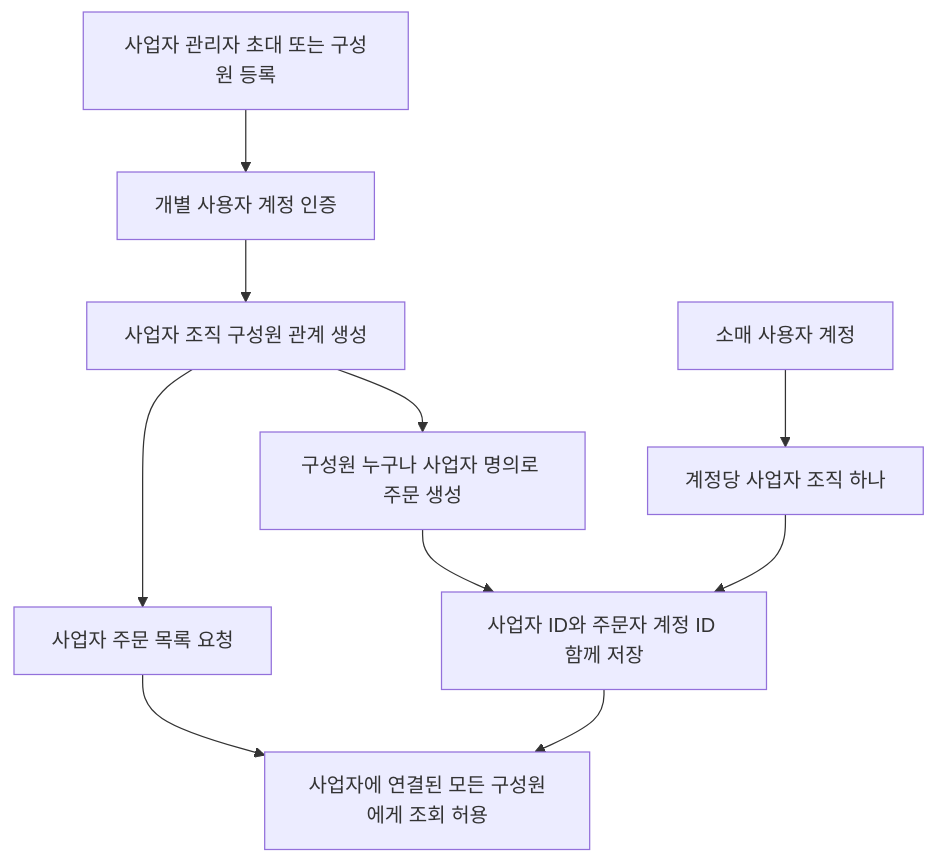
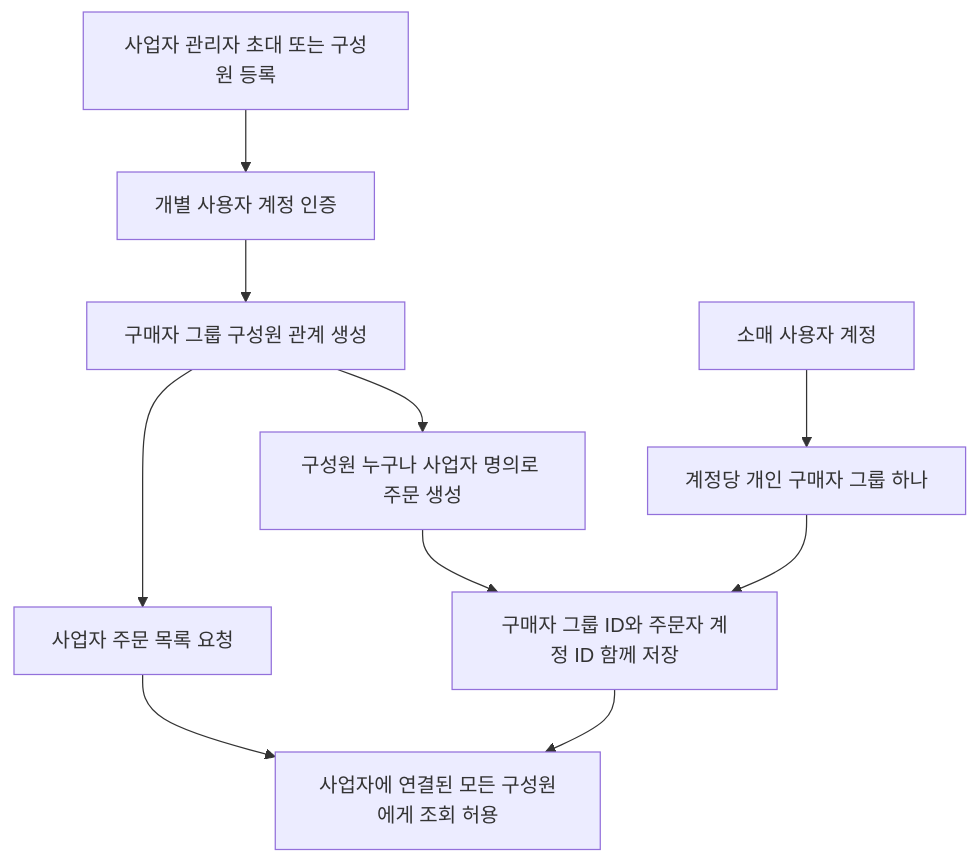
Before and after one commit to DongHyeonEom/umji-market-api: the first of 2 diagrams in docs/services/account.md, drawn with Mermaid. The commit also changed other lines of this file and 2 other files, not shown here.

````diff
--- a/docs/services/account.md
+++ b/docs/services/account.md
@@ -21,12 +21,12 @@
 ```mermaid
 flowchart TD
     INVITE[사업자 관리자 초대 또는 구성원 등록] --> VERIFY[개별 사용자 계정 인증]
-    VERIFY --> MEMBER[사업자 조직 구성원 관계 생성]
+    VERIFY --> MEMBER[구매자 그룹 구성원 관계 생성]
     MEMBER --> ORDER[구성원 누구나 사업자 명의로 주문 생성]
-    ORDER --> CONTEXT[사업자 ID와 주문자 계정 ID 함께 저장]
+    ORDER --> CONTEXT[구매자 그룹 ID와 주문자 계정 ID 함께 저장]
     MEMBER --> QUERY[사업자 주문 목록 요청]
     CONTEXT --> ALL[사업자에 연결된 모든 구성원에게 조회 허용]
     QUERY --> ALL
-    RETAIL[소매 사용자 계정] --> ONE[계정당 사업자 조직 하나]
+    RETAIL[소매 사용자 계정] --> ONE[계정당 개인 구매자 그룹 하나]
     ONE --> CONTEXT
 ```
````
